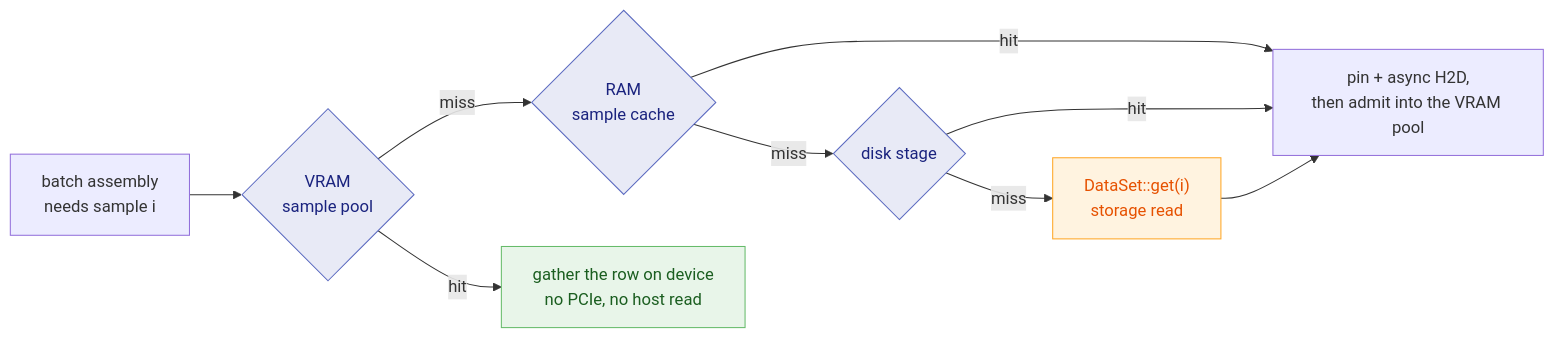
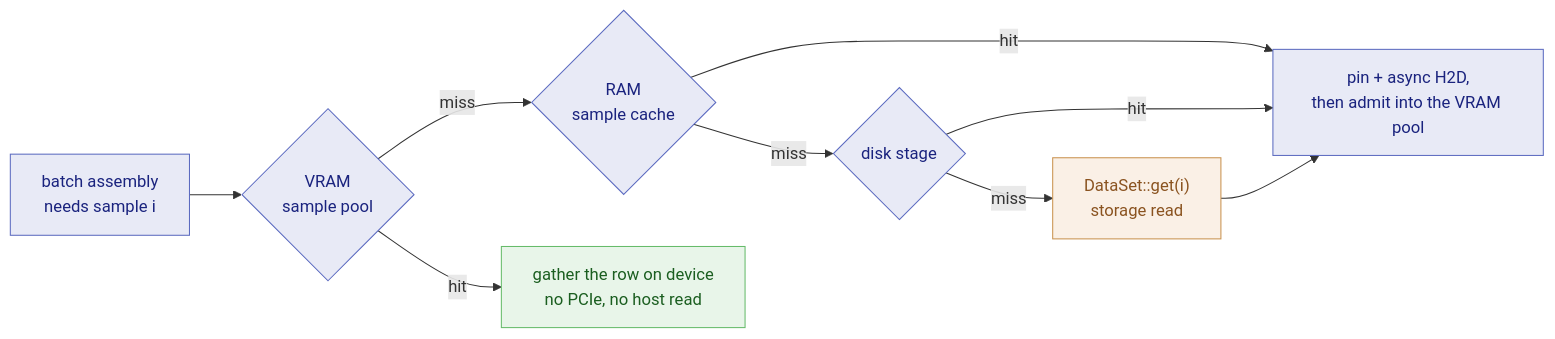
Before and after one commit to fab2s/floDl: the diagram in docs/tutorials/13-data-loading.md, drawn with Mermaid. The commit also changed 6 other files, not shown here.

Commit message:
doc: mermaid palette

````diff
--- a/docs/tutorials/13-data-loading.md
+++ b/docs/tutorials/13-data-loading.md
@@ -273,26 +273,26 @@
 ```mermaid
 flowchart LR
     NEED["batch assembly<br/>needs sample i"]
     VP{"VRAM<br/>sample pool"}
     RAM{"RAM<br/>sample cache"}
     DISK{"disk stage"}
     DS["DataSet::get(i)<br/>storage read"]
     GATHER["gather the row on device<br/>no PCIe, no host read"]
     UP["pin + async H2D,<br/>then admit into the VRAM pool"]
 
     NEED --> VP
     VP -- "hit" --> GATHER
     VP -- "miss" --> RAM
     RAM -- "hit" --> UP
     RAM -- "miss" --> DISK
     DISK -- "hit" --> UP
     DISK -- "miss" --> DS
     DS --> UP
 
-    classDef tier fill:#e8eaf6,stroke:#5c6bc0,color:#1a237e
-    classDef win fill:#e8f5e9,stroke:#66bb6a,color:#1b5e20
-    classDef cost fill:#fff3e0,stroke:#ffa726,color:#e65100
-    class VP,RAM,DISK tier
-    class GATHER win
+    classDef actor fill:#e8eaf6,stroke:#5c6bc0,color:#1a237e
+    classDef good fill:#e8f5e9,stroke:#66bb6a,color:#1b5e20
+    classDef cost fill:#faf0e6,stroke:#c9924f,color:#8a5320
+    class NEED,VP,RAM,DISK,UP actor
+    class GATHER good
     class DS cost
 ```
````
